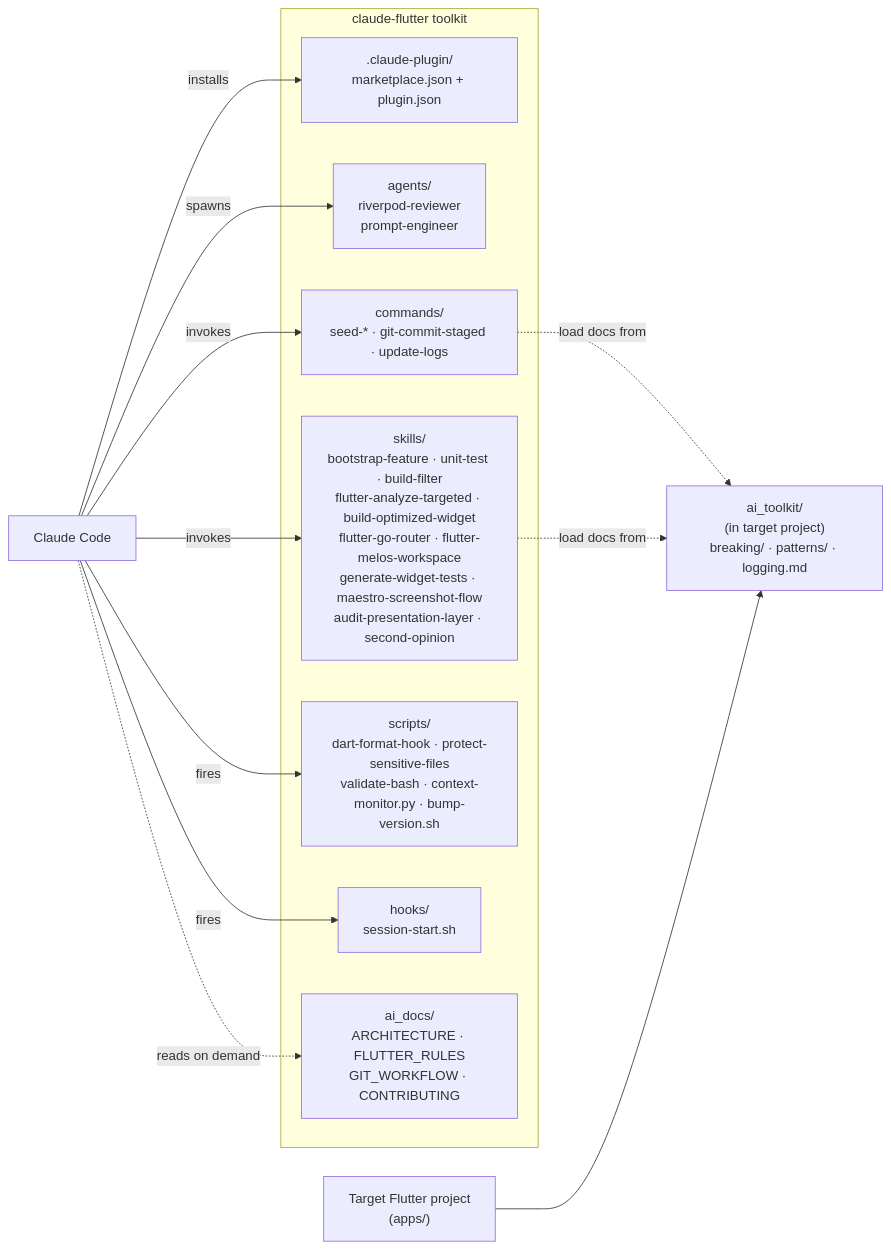
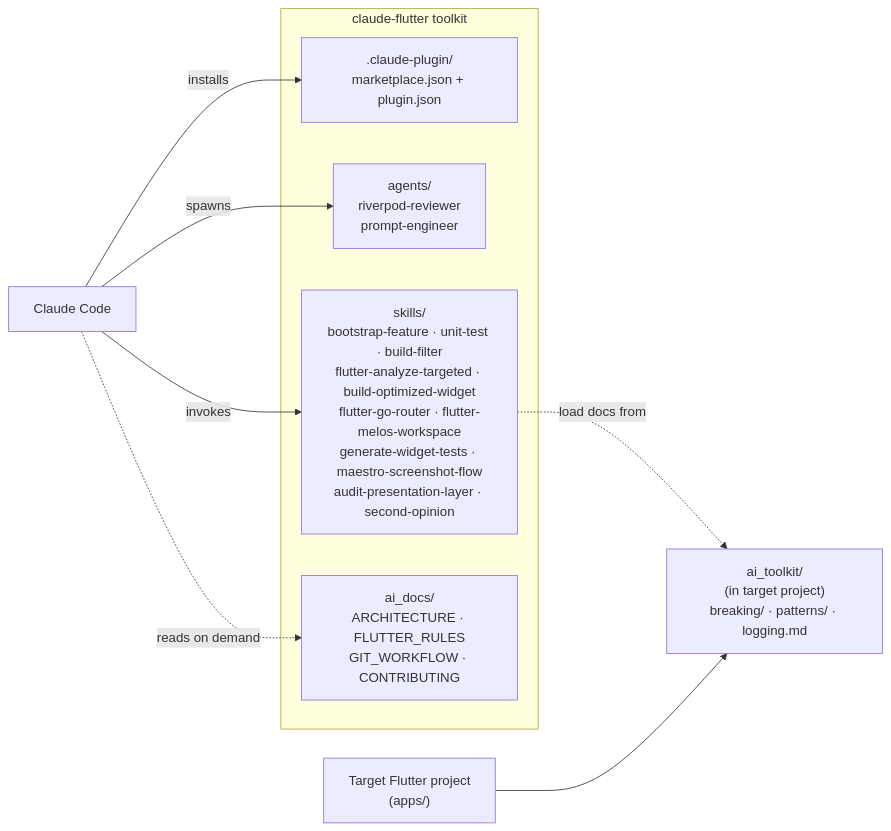
One commit to iamantoniodinuzzo/claude-flutter changed the diagram in ai_docs/ARCHITECTURE.md. Above: the diagram before and after it, drawn with Mermaid. The commit also changed other lines of this file and 17 other files, not shown here.

First line of the commit message:
chore: remove deprecated commands, hooks, and version bump script

````diff
--- a/ai_docs/ARCHITECTURE.md
+++ b/ai_docs/ARCHITECTURE.md
@@ -23,27 +20,20 @@
 ```mermaid
 flowchart LR
     subgraph Repo["claude-flutter toolkit"]
         plugin[".claude-plugin/\nmarketplace.json + plugin.json"]
         agents["agents/\nriverpod-reviewer\nprompt-engineer"]
-        commands["commands/\nseed-* · git-commit-staged · update-logs"]
         skills["skills/\nbootstrap-feature · unit-test · build-filter\nflutter-analyze-targeted · build-optimized-widget\nflutter-go-router · flutter-melos-workspace\ngenerate-widget-tests · maestro-screenshot-flow\naudit-presentation-layer · second-opinion"]
-        scripts["scripts/\ndart-format-hook · protect-sensitive-files\nvalidate-bash · context-monitor.py · bump-version.sh"]
-        hooks["hooks/\nsession-start.sh"]
         aidocs["ai_docs/\nARCHITECTURE · FLUTTER_RULES\nGIT_WORKFLOW · CONTRIBUTING"]
     end
 
     cc[Claude Code]
     target["Target Flutter project\n(apps/<app>)"]
     ai_toolkit["ai_toolkit/\n(in target project)\nbreaking/ · patterns/ · logging.md"]
 
     cc -->|installs| plugin
-    cc -->|invokes| commands
     cc -->|invokes| skills
     cc -->|spawns| agents
-    cc -->|fires| hooks
-    cc -->|fires| scripts
-    commands -.->|load docs from| ai_toolkit
     skills -.->|load docs from| ai_toolkit
     target --> ai_toolkit
     cc -.->|reads on demand| aidocs
 ```
````
